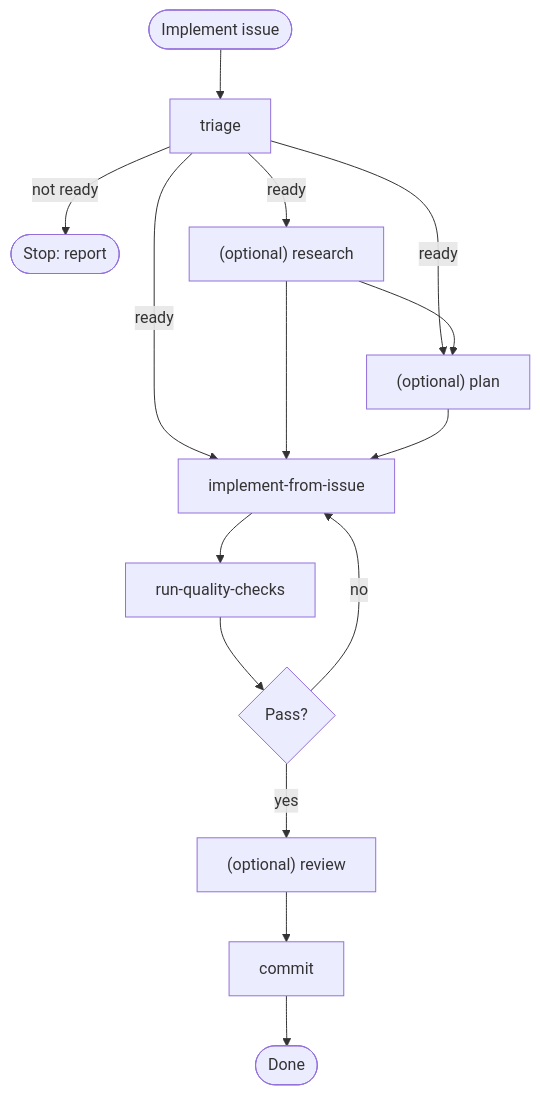
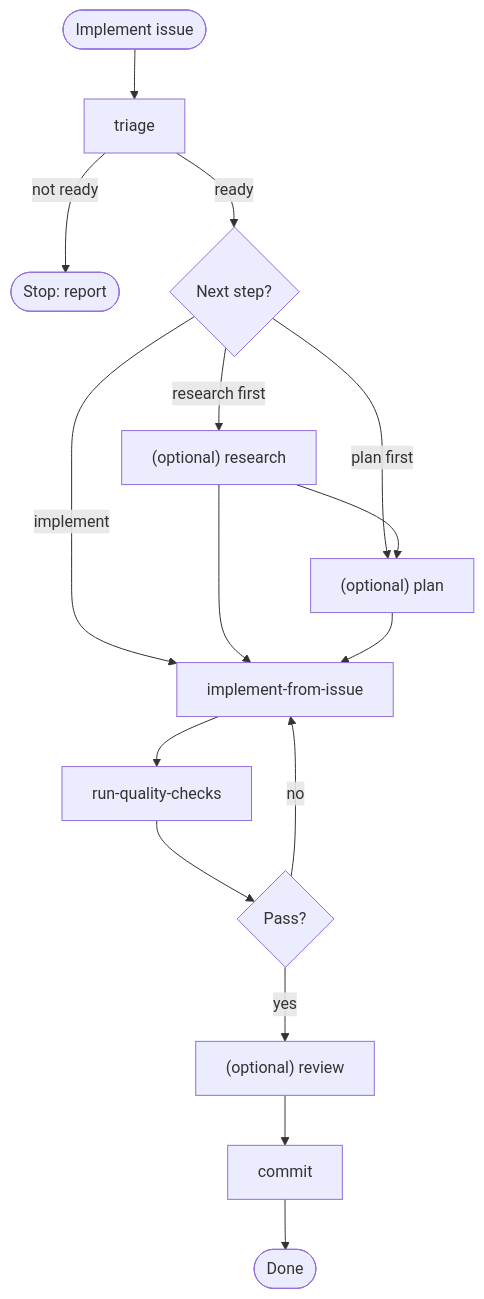
Before and after one commit to kalvi-ai/kalvi-library-template: the second of 3 diagrams in docs/agentic-workflow.md, drawn with Mermaid. The commit also changed other lines of this file and 3 other files, not shown here.

First line of the commit message:
docs: restructure agentic workflow; add implement-from-issue GitHub updates and Exa note

````diff
--- a/docs/agentic-workflow.md
+++ b/docs/agentic-workflow.md
@@ -29,17 +29,18 @@
 ```mermaid
 flowchart TD
     Start([Implement issue]) --> Triage[triage]
     Triage -->|not ready| Stop1([Stop: report])
-    Triage -->|ready| Research["(optional) research"]
-    Triage -->|ready| Plan["(optional) plan"]
-    Triage -->|ready| Implement[implement-from-issue]
+    Triage -->|ready| Next{Next step?}
+    Next -->|research first| Research["(optional) research"]
+    Next -->|plan first| Plan["(optional) plan"]
+    Next -->|implement| Implement[implement-from-issue]
     Research --> Plan
     Research --> Implement
     Plan --> Implement
     Implement --> Checks[run-quality-checks]
     Checks --> Pass{Pass?}
     Pass -->|no| Implement
     Pass -->|yes| Review["(optional) review"]
     Review --> Commit[commit]
     Commit --> Stop2([Done])
 ```
````
